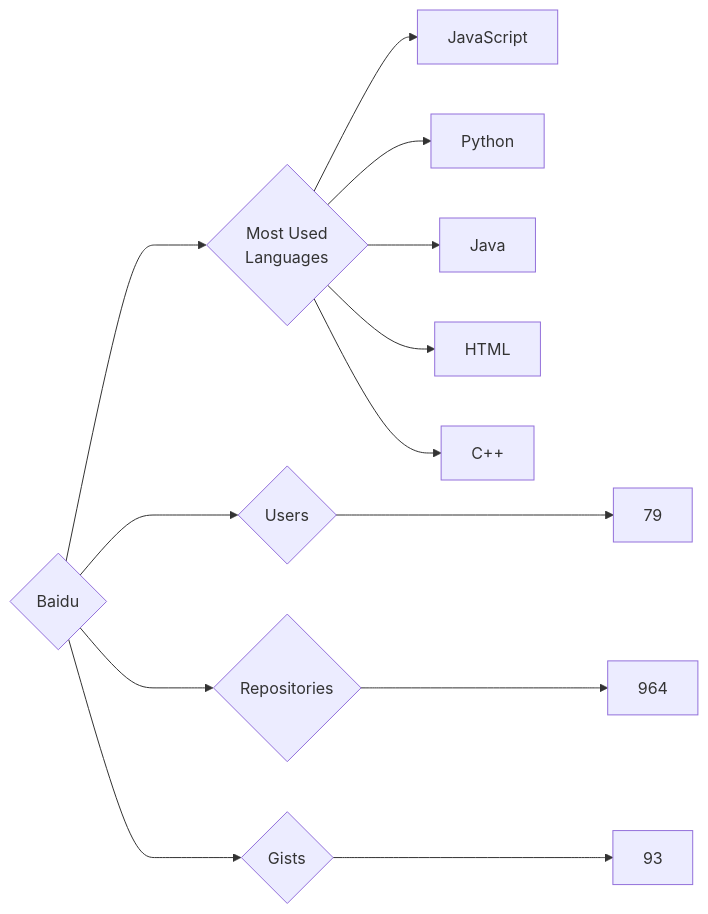
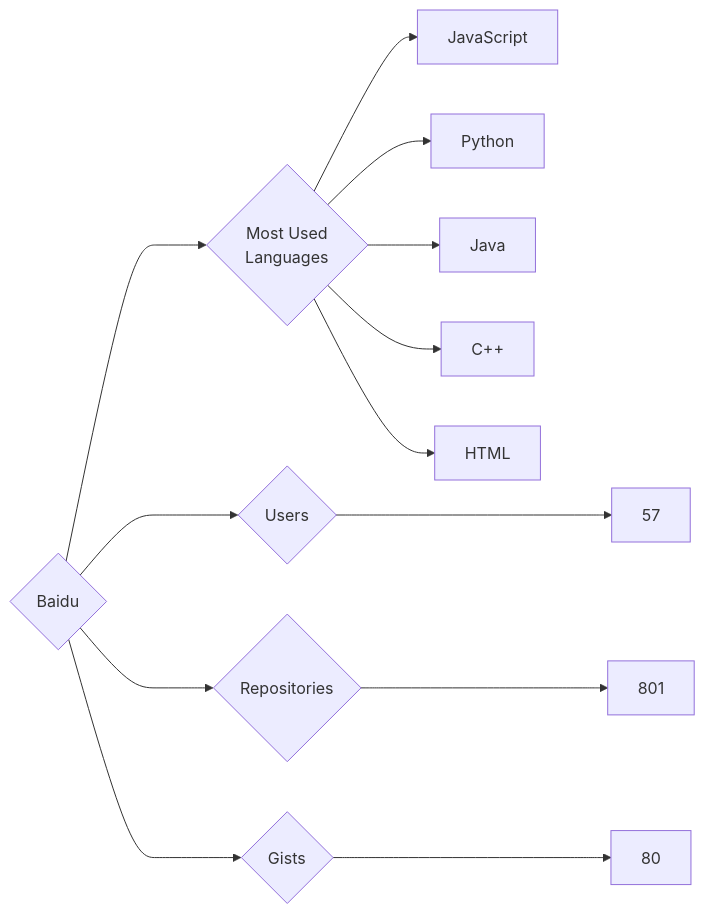
Before and after one commit to trickest/insiders: the diagram in targets/Baidu/README.md, drawn with Mermaid. The commit also changed 773 other files, not shown here.

````diff
--- a/targets/Baidu/README.md
+++ b/targets/Baidu/README.md
@@ -3,13 +3,13 @@
 ```mermaid
 graph LR
 COMPANY_NAME{Baidu}
-COMPANY_NAME ---> U{Users} ---> UN[79]
-COMPANY_NAME ---> R{Repositories} ---> RN[964]
-COMPANY_NAME ---> G{Gists} ---> GN[93]
+COMPANY_NAME ---> U{Users} ---> UN[57]
+COMPANY_NAME ---> R{Repositories} ---> RN[801]
+COMPANY_NAME ---> G{Gists} ---> GN[80]
 COMPANY_NAME ---> ML{Most Used<br>Languages}
 ML --> JavaScript[JavaScript]
 ML --> Python[Python]
 ML --> Java[Java]
+ML --> C++[C++]
 ML --> HTML[HTML]
-ML --> C++[C++]
 ```
````
